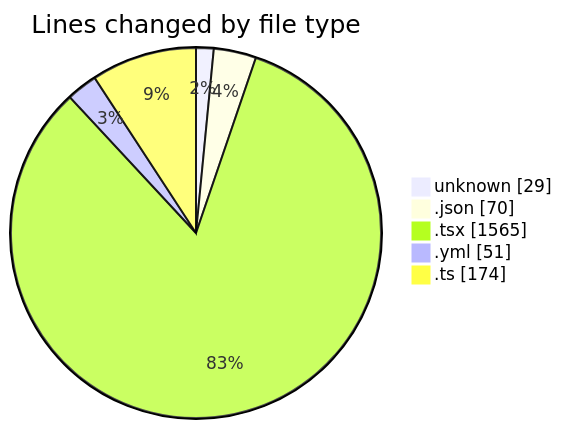
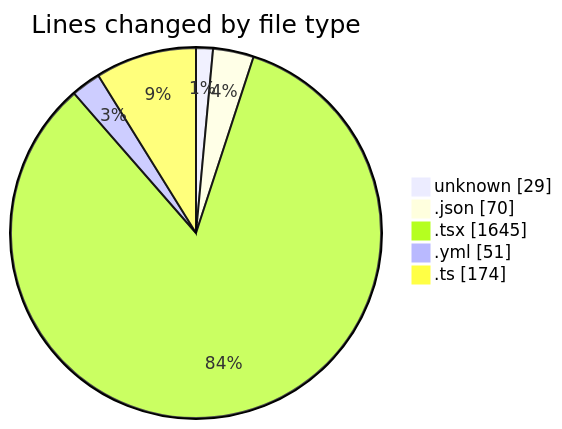
The first of 2 diagrams in 2025-01-14/mbc-web/README.md (robertbonfada/code-tracking), drawn with Mermaid before and after one commit. The commit also changed other lines of this file and 1 other file, not shown here.

````diff
--- a/2025-01-14/mbc-web/README.md
+++ b/2025-01-14/mbc-web/README.md
@@ -37,9 +38,9 @@
 ```mermaid
 pie showData
 title Lines changed by file type
 "unknown" : 29
 ".json" : 70
-".tsx" : 1565
+".tsx" : 1645
 ".yml" : 51
 ".ts" : 174
 ```
````
